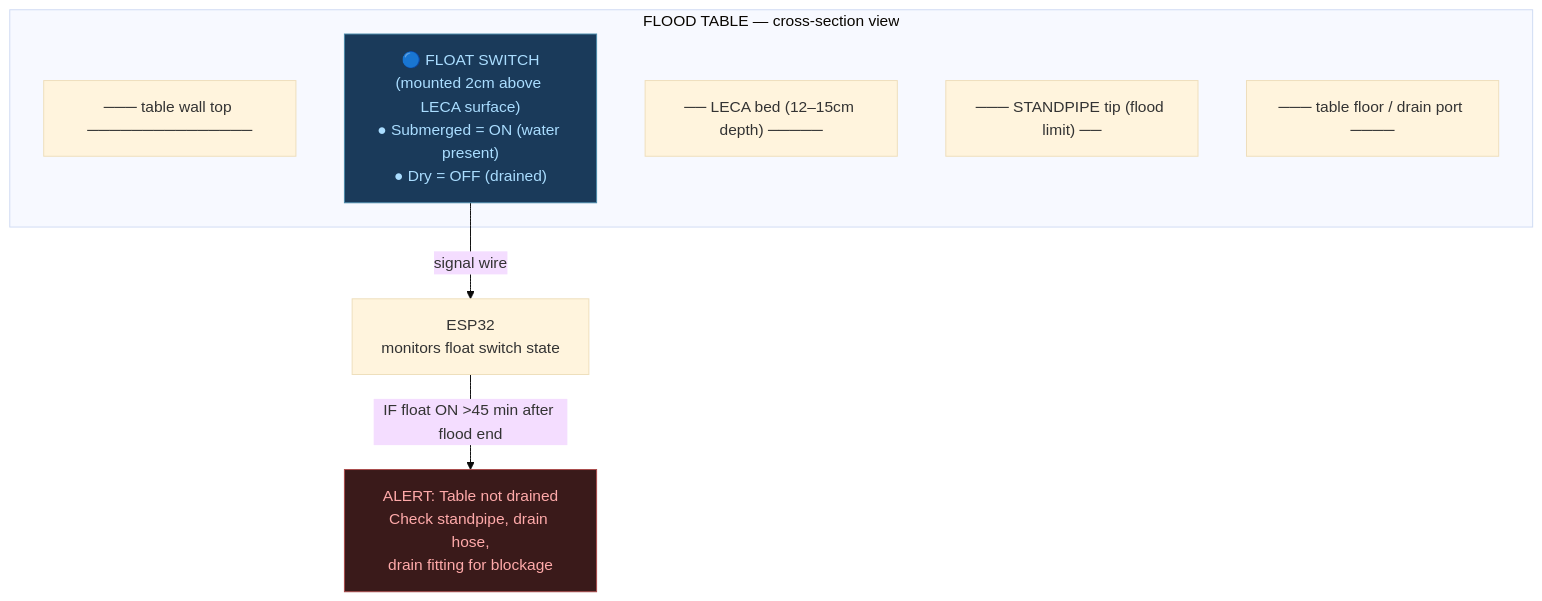
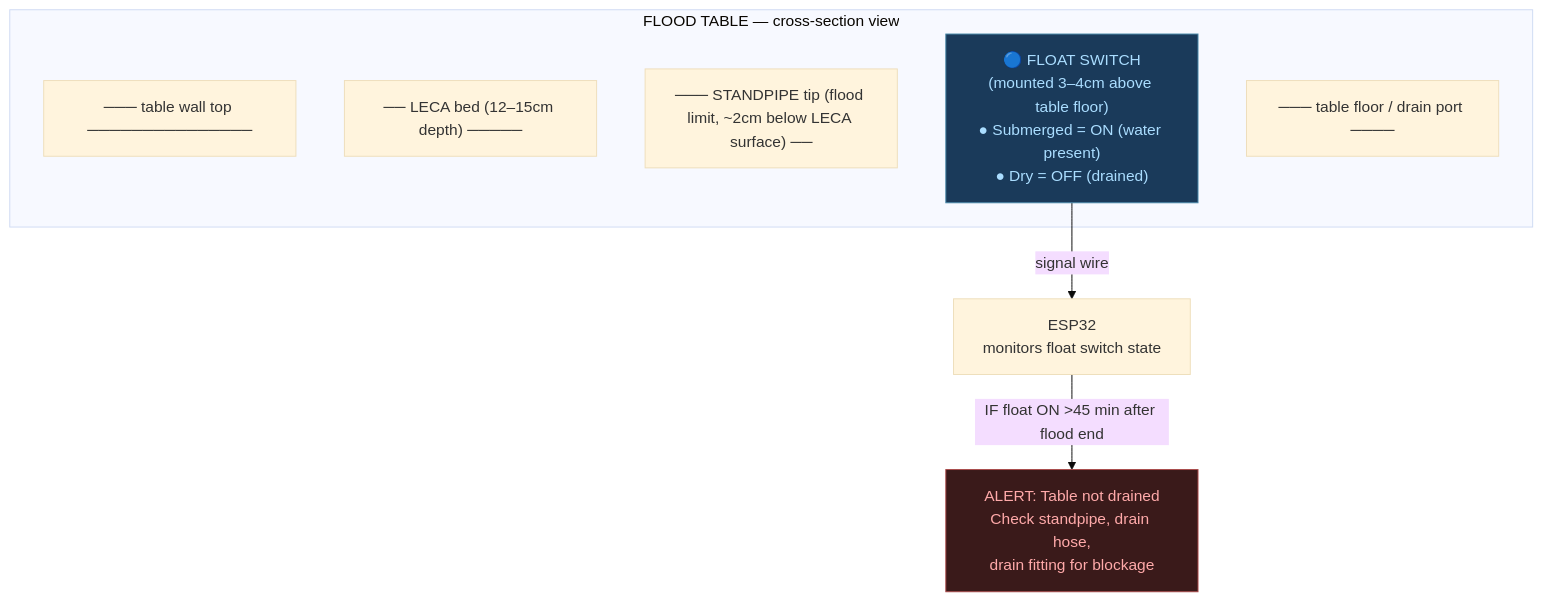
Before and after one commit to UncleJS/guide_hydroponics: the third of 13 diagrams in guide/ebb-and-flow/13-automation.md, drawn with Mermaid (base theme). The commit also changed other lines of this file and 22 other files, not shown here.

````diff
--- a/guide/ebb-and-flow/13-automation.md
+++ b/guide/ebb-and-flow/13-automation.md
@@ -492,17 +497,17 @@
 ```mermaid
 flowchart TD
     subgraph table["FLOOD TABLE — cross-section view"]
         TOP["─── table wall top ───────────────"]
-        FS["🔵 FLOAT SWITCH<br/>(mounted 2cm above LECA surface)<br/>● Submerged = ON (water present)<br/>● Dry = OFF (drained)"]
         LECA["── LECA bed (12–15cm depth) ─────"]
-        SP["─── STANDPIPE tip (flood limit) ──"]
+        SP["─── STANDPIPE tip (flood limit, ~2cm below LECA surface) ──"]
+        FS["🔵 FLOAT SWITCH<br/>(mounted 3–4cm above table floor)<br/>● Submerged = ON (water present)<br/>● Dry = OFF (drained)"]
         DRAIN["─── table floor / drain port ────"]
     end
     ESP["ESP32<br/>monitors float switch state"]
 
     FS -->|"signal wire"| ESP
     ESP -->|"IF float ON >45 min after flood end"| ALERT["ALERT: Table not drained<br/>Check standpipe, drain hose,<br/>drain fitting for blockage"]
 
     style FS fill:#1a3a5a,stroke:#4a8aaa,color:#aaddff
     style ALERT fill:#3a1a1a,stroke:#aa4a4a,color:#ffaaaa
 ```
````
